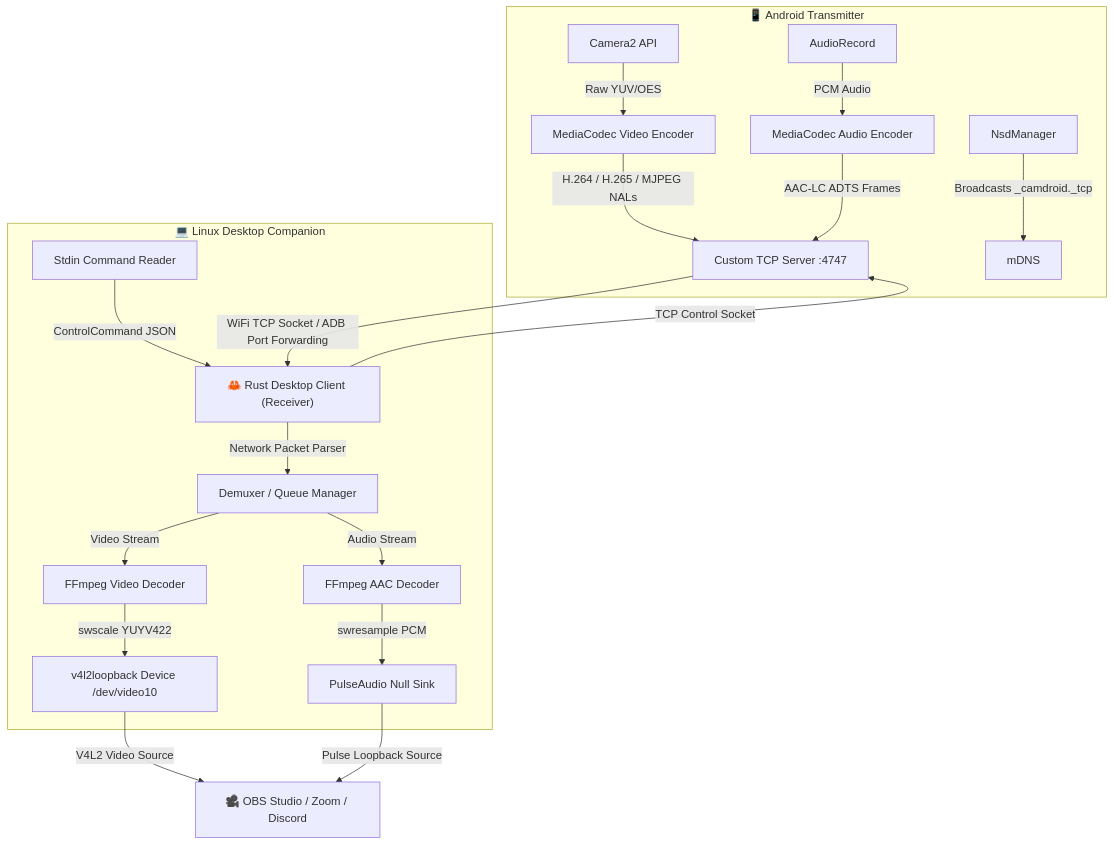
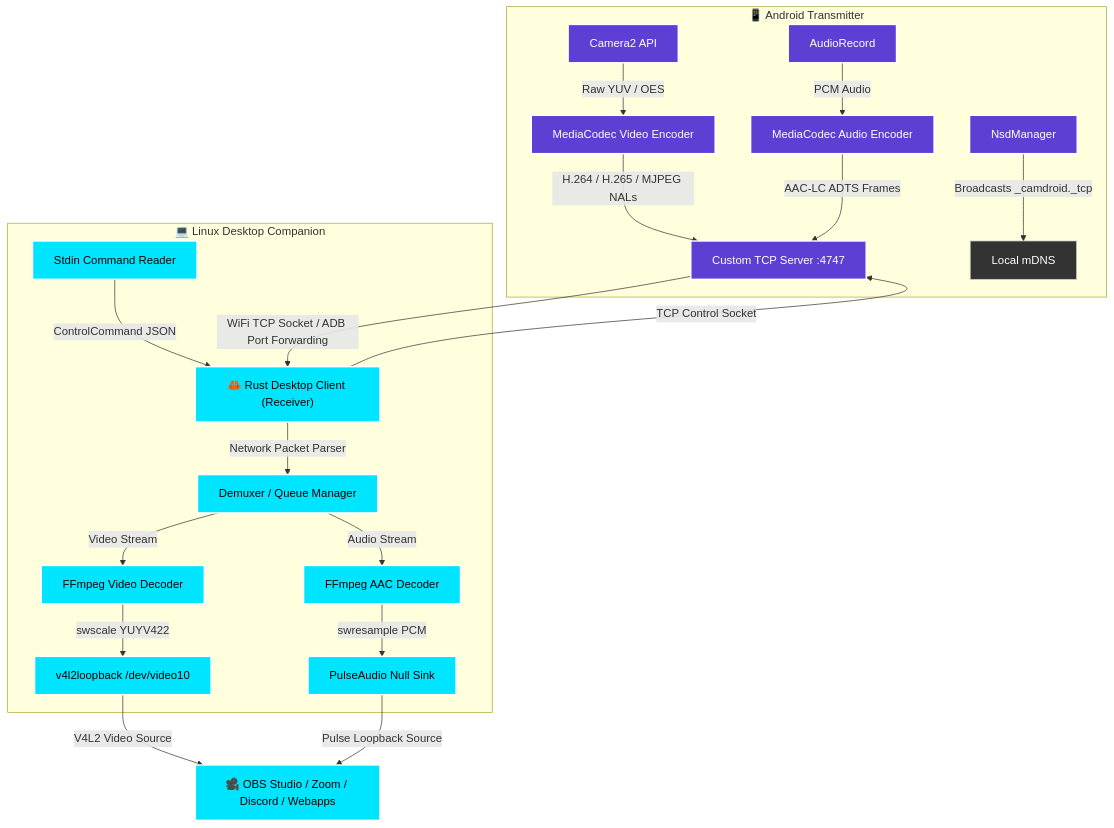
One commit to ARYAN007H/CamDroid changed the diagram in README.md. Above: the diagram before and after it, drawn with Mermaid. The commit also changed other lines of this file and 12 other files, not shown here.

````diff
--- a/README.md
+++ b/README.md
@@ -44,27 +52,36 @@
 ```mermaid
 flowchart TD
+    %% Styling
+    classDef phone fill:#5d3fd3,stroke:#fff,stroke-width:2px,color:#fff;
+    classDef pc fill:#00E5FF,stroke:#fff,stroke-width:2px,color:#000;
+    classDef net fill:#333,stroke:#ccc,stroke-width:1px,color:#fff;
+
     subgraph Phone ["📱 Android Transmitter"]
-        Camera[Camera2 API] -->|Raw YUV/OES| VEnc[MediaCodec Video Encoder]
+        Camera[Camera2 API] -->|Raw YUV / OES| VEnc[MediaCodec Video Encoder]
         Mic[AudioRecord] -->|PCM Audio| AEnc[MediaCodec Audio Encoder]
         VEnc -->|H.264 / H.265 / MJPEG NALs| Server[Custom TCP Server :4747]
         AEnc -->|AAC-LC ADTS Frames| Server
-        NSD[NsdManager] -->|Broadcasts _camdroid._tcp| mDNS
+        NSD[NsdManager] -->|Broadcasts _camdroid._tcp| mDNS[Local mDNS]
     end
 
     Server -->|WiFi TCP Socket / ADB Port Forwarding| Client["🦀 Rust Desktop Client (Receiver)"]
 
     subgraph Desktop ["💻 Linux Desktop Companion"]
         Client -->|Network Packet Parser| Demux[Demuxer / Queue Manager]
         Demux -->|Video Stream| VDec[FFmpeg Video Decoder]
         Demux -->|Audio Stream| ADec[FFmpeg AAC Decoder]
         
-        VDec -->|swscale YUYV422| V4L2[v4l2loopback Device /dev/video10]
+        VDec -->|swscale YUYV422| V4L2[v4l2loopback /dev/video10]
         ADec -->|swresample PCM| Pulse[PulseAudio Null Sink]
         
         Stdin[Stdin Command Reader] -->|ControlCommand JSON| Client
     end
 
     Client -->|TCP Control Socket| Server
-    V4L2 -->|V4L2 Video Source| OBS["🎥 OBS Studio / Zoom / Discord"]
+    V4L2 -->|V4L2 Video Source| OBS["🎥 OBS Studio / Zoom / Discord / Webapps"]
     Pulse -->|Pulse Loopback Source| OBS
+
+    class Camera,VEnc,Mic,AEnc,Server,NSD phone;
+    class Client,Demux,VDec,ADec,V4L2,Pulse,Stdin,OBS pc;
+    class mDNS net;
 ```
````
